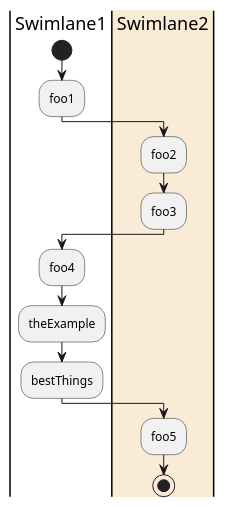
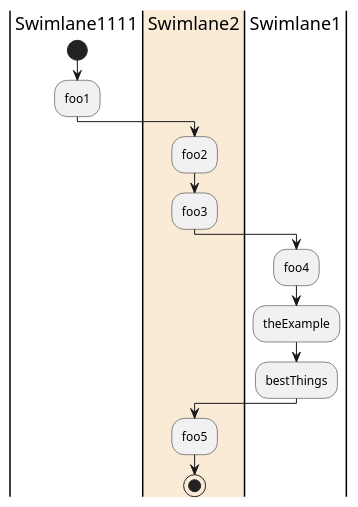
Before and after one commit to xemuliam/docker-hdf: the diagram in test.pu, drawn with PlantUML.

```diff
--- a/test.pu
+++ b/test.pu
@@ -1,15 +1,15 @@
 @startuml
-|Swimlane1|
+|Swimlane1111|
 start
 :foo1;
 |#AntiqueWhite|Swimlane2|
 :foo2;
 :foo3;
 |Swimlane1|
 :foo4;
 :theExample;
 :bestThings;
 |Swimlane2|
 :foo5;
 stop
 @enduml
```
